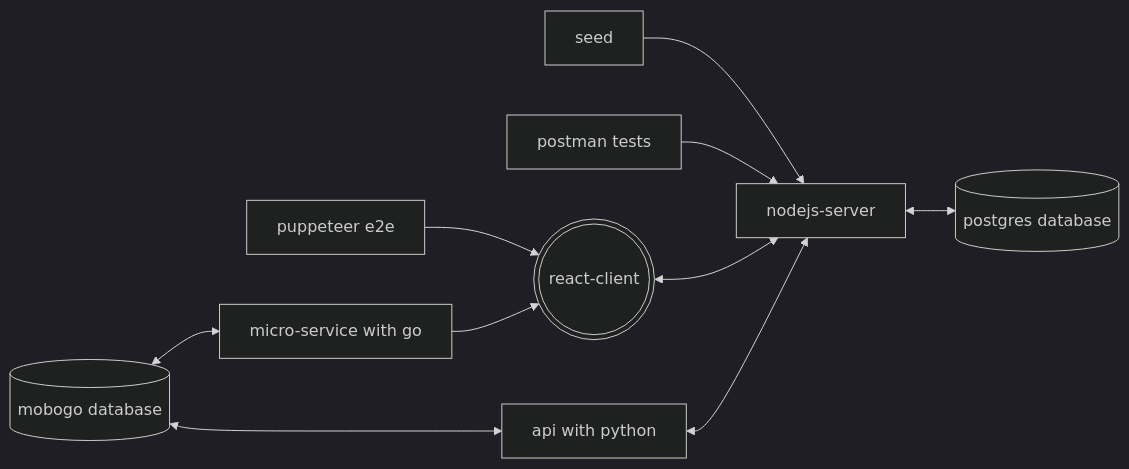
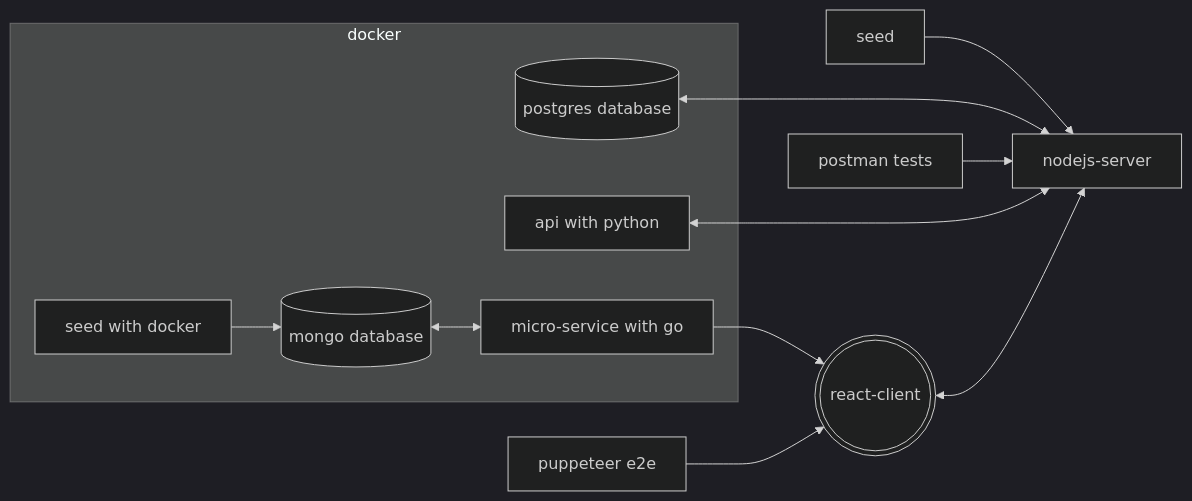
Before and after one commit to willemverbuyst/sb-client: the diagram in README.md, drawn with Mermaid (dark theme). The commit also changed 2 other files, not shown here.

````diff
--- a/README.md
+++ b/README.md
@@ -9,21 +9,28 @@
 ```mermaid
 flowchart LR
   A[seed]
   B[(postgres database)]
   C[nodejs-server]
   D(((react-client)))
   E[puppeteer e2e]
   F[api with python]
   G[postman tests]
   H[micro-service with go]
-  I[(mobogo database)]
+  I[(mongo database)]
+  J[seed with docker]
+  subgraph docker
+  B
+  F
+  J
+  I
+  J-->I
   I<-->H
-  I<-->F
+  end
+  B<-->C
+  F<-->C
   A-->C
-  G-->C
-  C<-->B
   D<-->C
   E-->D
   H-->D
-  F<-->C
+  G-->C
 ```
````
